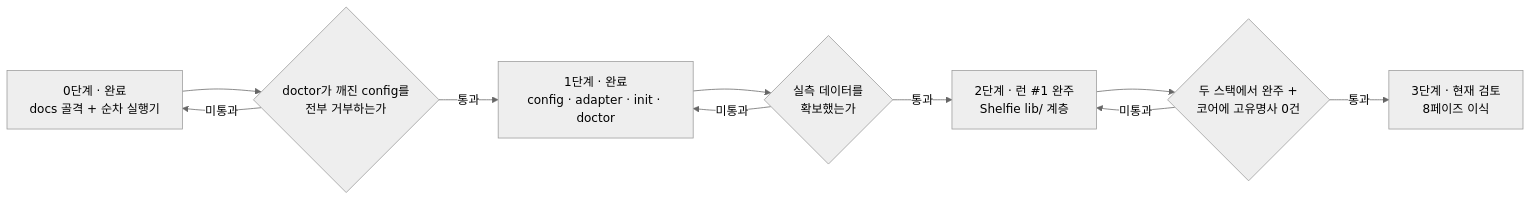
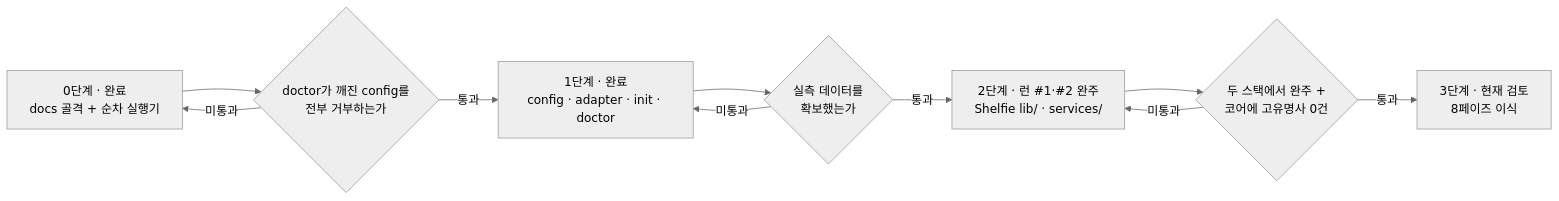
The first of 2 diagrams in docs/harness/ROADMAP.md (hyuham1335-stack/banana-island-ops), drawn with Mermaid (neutral theme) before and after one commit. The commit also changed other lines of this file, not shown here.

First line of the commit message:
docs(harness): ROADMAP 을 런 #2 완주 상태로 갱신

````diff
--- a/docs/harness/ROADMAP.md
+++ b/docs/harness/ROADMAP.md
@@ -49,18 +50,18 @@
 ```mermaid
 flowchart LR
     S0["0단계 · 완료<br/>docs 골격 + 순차 실행기"]
     S1["1단계 · 완료<br/>config · adapter · init · doctor"]
-    S2["2단계 · 런 #1 완주<br/>Shelfie lib/ 계층"]
+    S2["2단계 · 런 #1·#2 완주<br/>Shelfie lib/ · services/"]
     S3["3단계 · 현재 검토<br/>8페이즈 이식"]
 
     S0 --> G1{"doctor가 깨진 config를<br/>전부 거부하는가"}
     G1 -->|통과| S1
     S1 --> G2{"실측 데이터를<br/>확보했는가"}
     G2 -->|통과| S2
     S2 --> G3{"두 스택에서 완주 +<br/>코어에 고유명사 0건"}
     G3 -->|통과| S3
 
     G1 -->|미통과| S0
     G2 -->|미통과| S1
     G3 -->|미통과| S2
 ```
````
